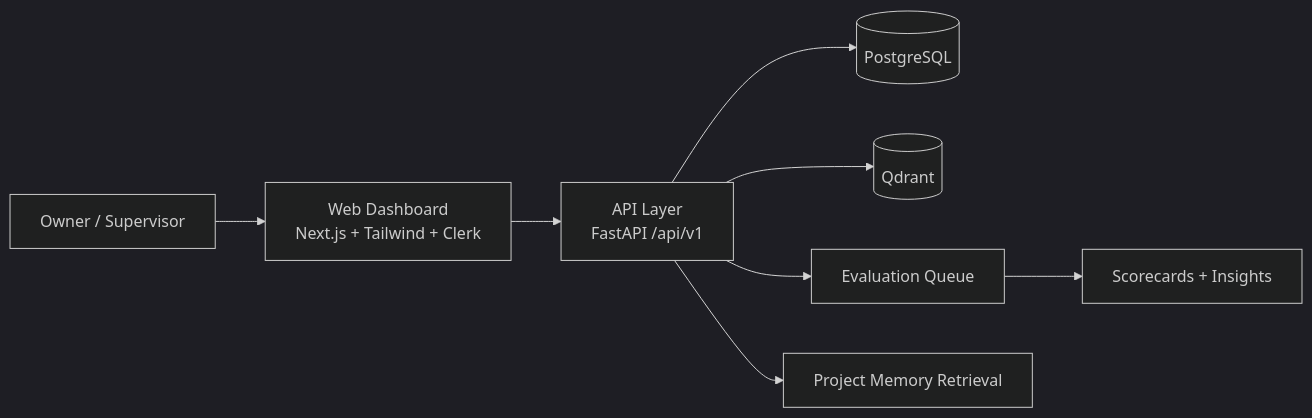
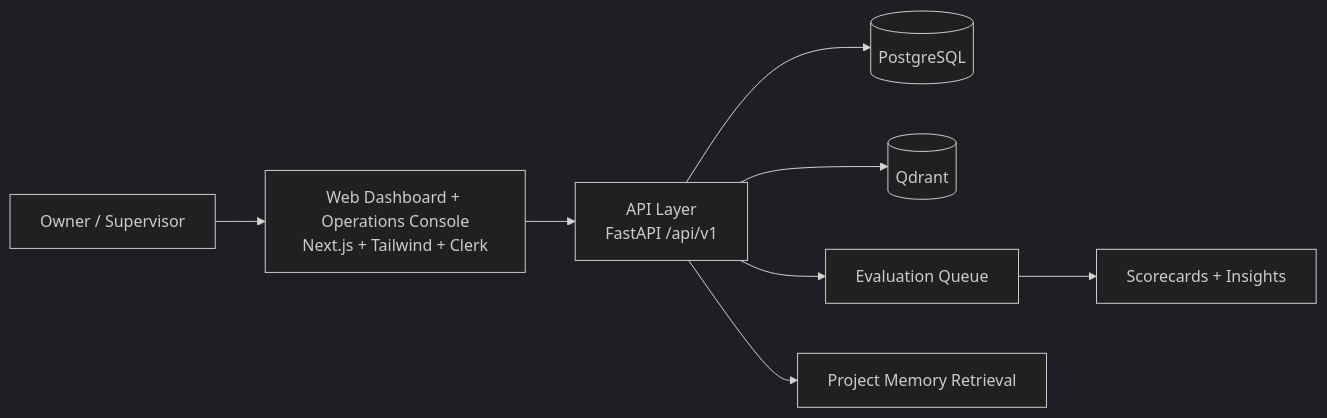
Before and after one commit to venkata2894/Synapse_OS: the diagram in README.md, drawn with Mermaid (dark theme). The commit also changed other lines of this file and 9 other files, not shown here.

Commit message:
Refresh docs for operations console release

````diff
--- a/README.md
+++ b/README.md
@@ -37,10 +37,10 @@
 ```mermaid
 flowchart LR
-    O[Owner / Supervisor] --> W[Web Dashboard<br/>Next.js + Tailwind + Clerk]
+    O[Owner / Supervisor] --> W[Web Dashboard + Operations Console<br/>Next.js + Tailwind + Clerk]
     W --> A[API Layer<br/>FastAPI /api/v1]
     A --> P[(PostgreSQL)]
     A --> Q[(Qdrant)]
     A --> E[Evaluation Queue]
     E --> S[Scorecards + Insights]
     A --> M[Project Memory Retrieval]
 ```
````
